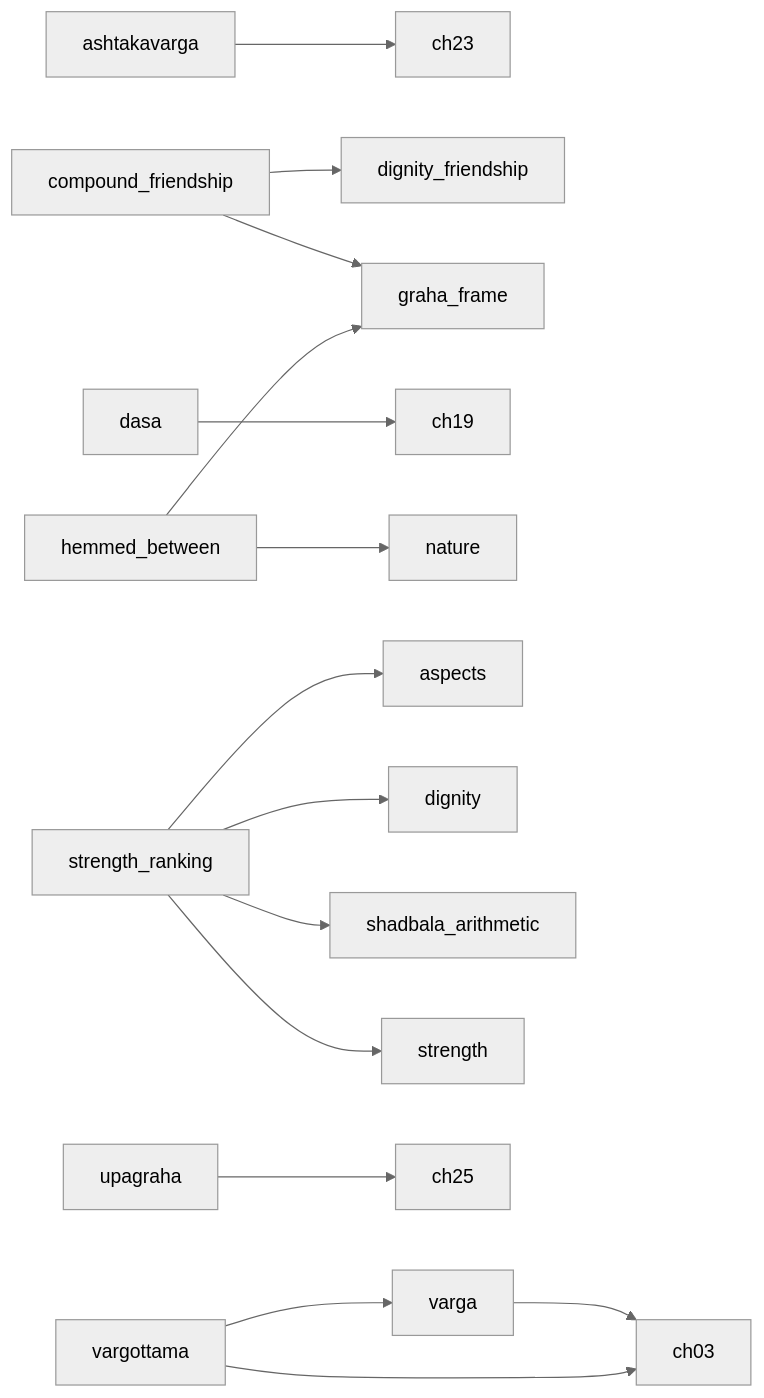
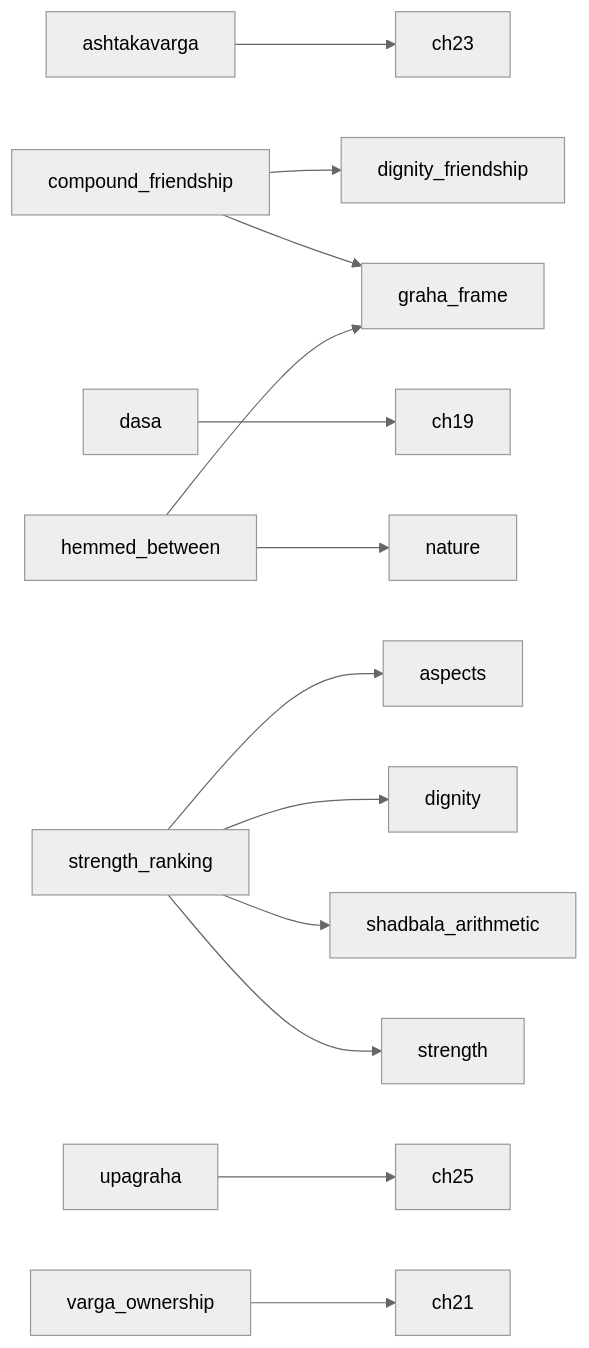
One commit to tarunrameshphotography/Vedic-AI changed the diagram in Reports/PHASE3_PLAN.md. Above: the diagram before and after it, drawn with Mermaid (neutral theme). The commit also changed other lines of this file and 14 other files, not shown here.

````diff
--- a/Reports/PHASE3_PLAN.md
+++ b/Reports/PHASE3_PLAN.md
@@ -48,17 +47,15 @@
 ```mermaid
 graph LR
   ashtakavarga --> ch23
   compound_friendship --> dignity_friendship
   compound_friendship --> graha_frame
   dasa --> ch19
   hemmed_between --> graha_frame
   hemmed_between --> nature
   strength_ranking --> aspects
   strength_ranking --> dignity
   strength_ranking --> shadbala_arithmetic
   strength_ranking --> strength
   upagraha --> ch25
-  varga --> ch03
-  vargottama --> varga
-  vargottama --> ch03
+  varga_ownership --> ch21
 ```
````
